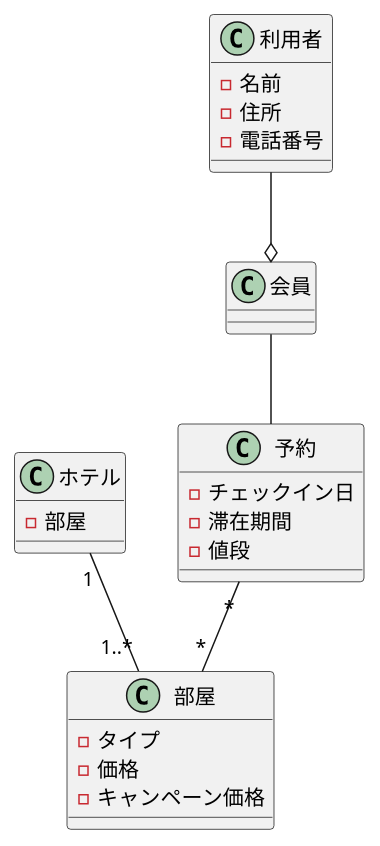
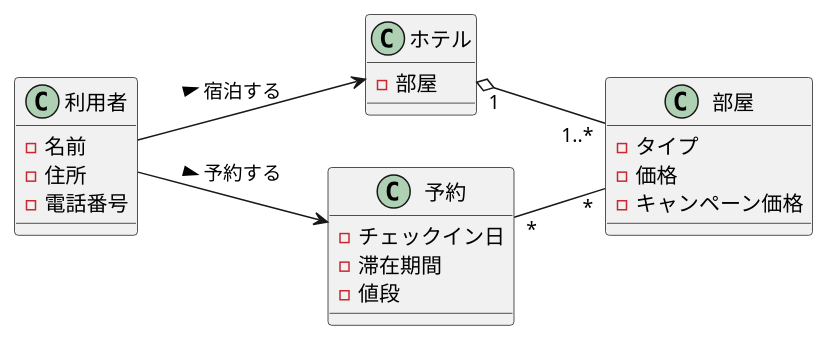
The diagram in 演習3-3_CL_ホテルと利用者と部屋と予約.pu (itouayumu/uml-introduction-), drawn with PlantUML before and after one commit.

Commit message:
修正

```diff
--- a/演習3-3_CL_ホテルと利用者と部屋と予約.pu
+++ b/演習3-3_CL_ホテルと利用者と部屋と予約.pu
@@ -1,25 +1,25 @@
 @startuml
-class 会員{}
+left to right direction
 class 利用者{
 - 名前
 - 住所
 - 電話番号
 }
 class ホテル{
 - 部屋
 }
 class 部屋{
 - タイプ
 - 価格
 - キャンペーン価格
 }
 class 予約{
 - チェックイン日
 - 滞在期間
 - 値段
 }
-利用者 -down-o 会員
-ホテル"1"-down-"1..*"部屋
-会員-down-予約
+利用者-->ホテル:宿泊する >
+ホテル"1" o-down-"1..*"部屋
+利用者-->予約:予約する >
 予約 "*"-down-"*"部屋
 @enduml
```
